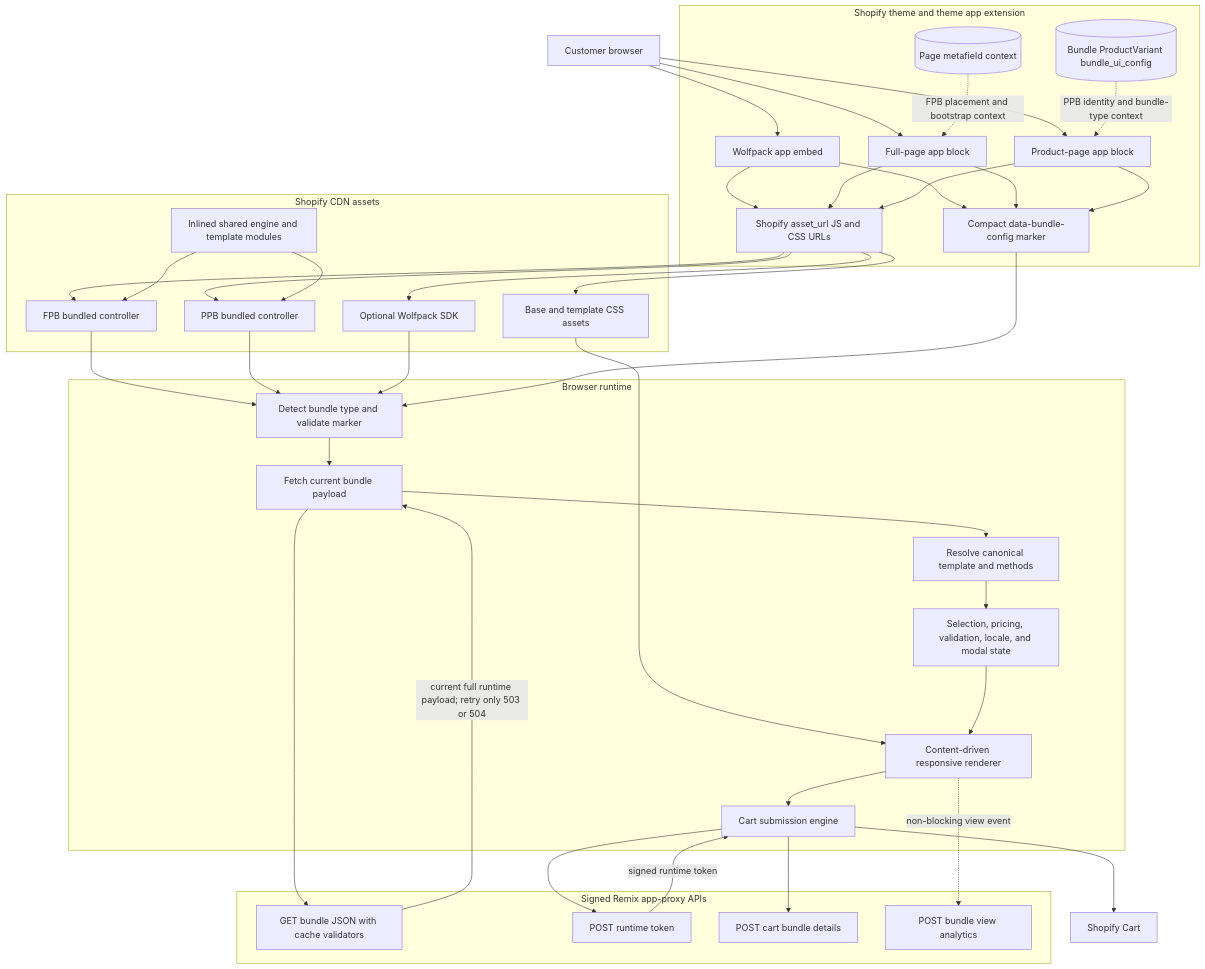
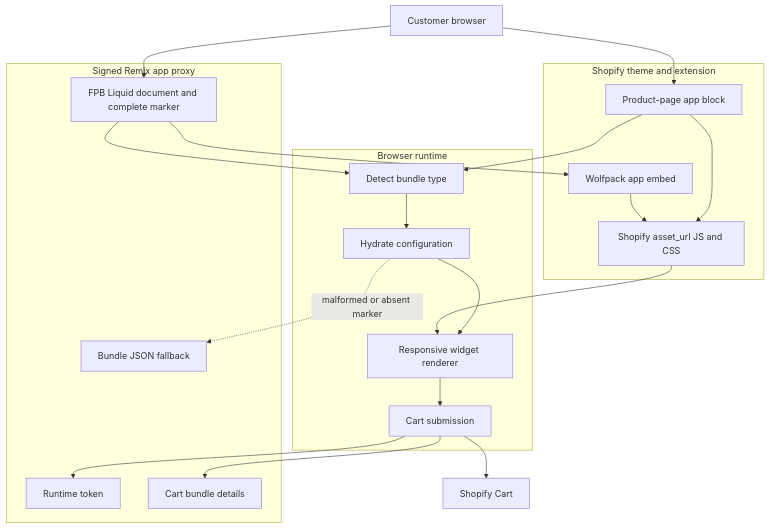
Before and after one commit to anuragyadav-git/wolfpack-product-bundles: the diagram in internal docs/Architecture/Diagrams/Storefront Frontend Architecture.md, drawn with Mermaid. The commit also changed other lines of this file and 182 other files, not shown here.

First line of the commit message:
[bundle-contract-cleanup] refactor: remove legacy bundle contracts and page host

````diff
--- a/internal docs/Architecture/Diagrams/Storefront Frontend Architecture.md
+++ b/internal docs/Architecture/Diagrams/Storefront Frontend Architecture.md
@@ -86,75 +39,42 @@
 ```mermaid
 flowchart TD
     Customer[Customer browser]
 
-    subgraph Theme[Shopify theme and theme app extension]
+    subgraph Theme[Shopify theme and extension]
         Embed[Wolfpack app embed]
-        FPB[Full-page app block]
         PPB[Product-page app block]
-        PageMeta[(Page metafield context)]
-        VariantMeta[(Bundle ProductVariant bundle_ui_config)]
-        Marker[Compact data-bundle-config marker]
-        Assets[Shopify asset_url JS and CSS URLs]
+        Assets[Shopify asset_url JS and CSS]
     end
 
-    subgraph CDN[Shopify CDN assets]
-        FpbBundle[FPB bundled controller]
-        PpbBundle[PPB bundled controller]
-        SDK[Optional Wolfpack SDK]
-        Shared[Inlined shared engine and template modules]
-        CSS[Base and template CSS assets]
+    subgraph Proxy[Signed Remix app proxy]
+        FpbDocument[FPB Liquid document and complete marker]
+        BundleAPI[Bundle JSON fallback]
+        TokenAPI[Runtime token]
+        DetailsAPI[Cart bundle details]
     end
 
     subgraph Runtime[Browser runtime]
-        Detect[Detect bundle type and validate marker]
-        Hydrate[Fetch current bundle payload]
-        Resolve[Resolve canonical template and methods]
-        State[Selection, pricing, validation, locale, and modal state]
-        Render[Content-driven responsive renderer]
-        Submit[Cart submission engine]
-    end
-
-    subgraph AppProxy[Signed Remix app-proxy APIs]
-        BundleAPI[GET bundle JSON with cache validators]
-        TokenAPI[POST runtime token]
-        DetailsAPI[POST cart bundle details]
-        ViewAPI[POST bundle view analytics]
+        Detect[Detect bundle type]
+        Hydrate[Hydrate configuration]
+        Render[Responsive widget renderer]
+        Submit[Cart submission]
     end
 
     Cart[Shopify Cart]
 
-    Customer --> Embed
-    Customer --> FPB
+    Customer --> FpbDocument
     Customer --> PPB
-    PageMeta -. FPB placement and bootstrap context .-> FPB
-    VariantMeta -. PPB identity and bundle-type context .-> PPB
-    Embed --> Marker
-    FPB --> Marker
-    PPB --> Marker
+    FpbDocument --> Embed
     Embed --> Assets
-    FPB --> Assets
     PPB --> Assets
-    Assets --> FpbBundle
-    Assets --> PpbBundle
-    Assets --> SDK
-    Assets --> CSS
-    Shared --> FpbBundle
-    Shared --> PpbBundle
-    FpbBundle --> Detect
-    PpbBundle --> Detect
-    SDK --> Detect
-    Marker --> Detect
+    FpbDocument --> Detect
+    PPB --> Detect
     Detect --> Hydrate
-    Hydrate --> BundleAPI
-    BundleAPI -->|current full runtime payload; retry only 503 or 504| Hydrate
-    Hydrate --> Resolve
-    Resolve --> State
-    CSS --> Render
-    State --> Render
+    Hydrate -. malformed or absent marker .-> BundleAPI
+    Assets --> Render
+    Hydrate --> Render
     Render --> Submit
     Submit --> TokenAPI
-    TokenAPI -->|signed runtime token| Submit
+    Submit --> DetailsAPI
     Submit --> Cart
-    Submit --> DetailsAPI
-    Render -. non-blocking view event .-> ViewAPI
 ```
````
